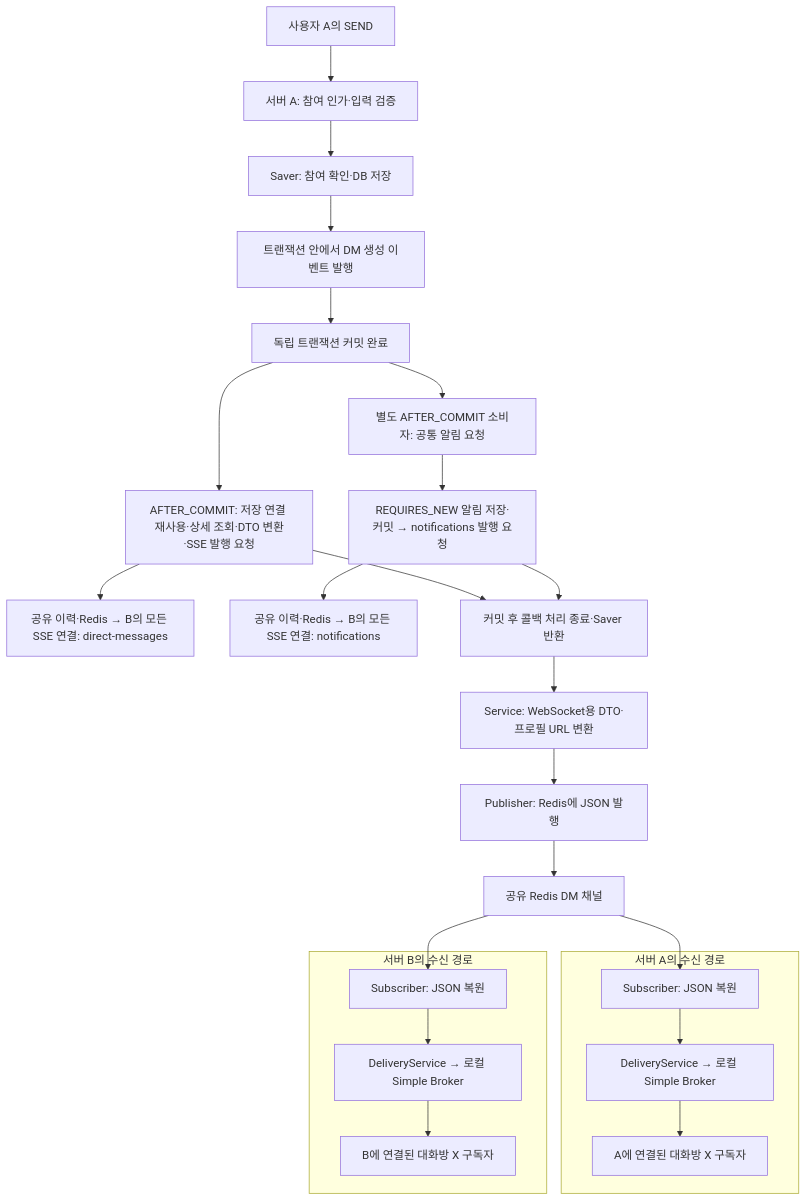
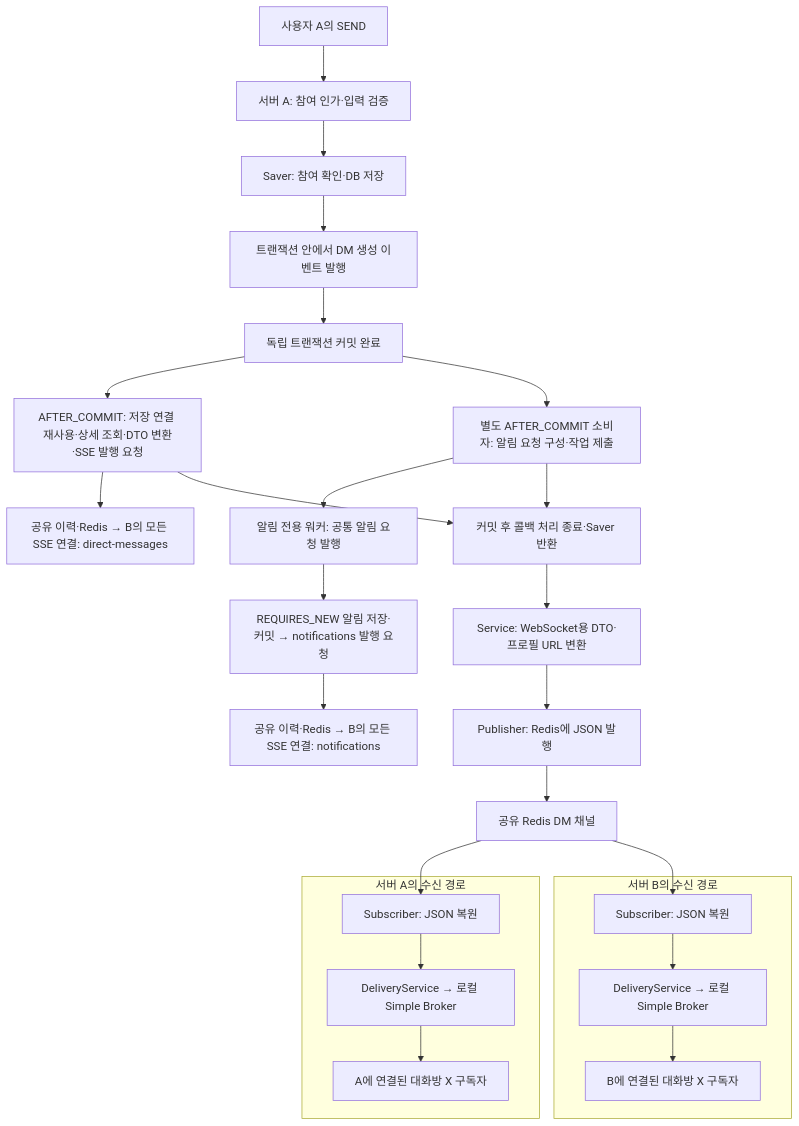
One commit to codeit-backend13-part4-team1/playlist_for_everyone changed the second of 2 diagrams in docs/conversation/00-overall-flow.md. Above: the diagram before and after it, drawn with Mermaid. The commit also changed other lines of this file and 12 other files, not shown here.

````diff
--- a/docs/conversation/00-overall-flow.md
+++ b/docs/conversation/00-overall-flow.md
@@ -26,29 +26,30 @@
 ```mermaid
 flowchart TD
     SEND["사용자 A의 SEND"] --> CHECK["서버 A: 참여 인가·입력 검증"]
     CHECK --> SAVE["Saver: 참여 확인·DB 저장"]
     SAVE --> EVENT["트랜잭션 안에서 DM 생성 이벤트 발행"]
     EVENT --> COMMIT["독립 트랜잭션 커밋 완료"]
     COMMIT --> SSE["AFTER_COMMIT: 저장 연결 재사용·상세 조회·DTO 변환·SSE 발행 요청"]
-    COMMIT --> NOTICE["별도 AFTER_COMMIT 소비자: 공통 알림 요청"]
-    NOTICE --> NSAVE["REQUIRES_NEW 알림 저장·커밋 → notifications 발행 요청"]
+    COMMIT --> NOTICE["별도 AFTER_COMMIT 소비자: 알림 요청 구성·작업 제출"]
+    NOTICE --> WORKER["알림 전용 워커: 공통 알림 요청 발행"]
+    WORKER --> NSAVE["REQUIRES_NEW 알림 저장·커밋 → notifications 발행 요청"]
     SSE --> RECEIVER["공유 이력·Redis → B의 모든 SSE 연결: direct-messages"]
     NSAVE --> NRECEIVER["공유 이력·Redis → B의 모든 SSE 연결: notifications"]
     SSE --> DONE["커밋 후 콜백 처리 종료·Saver 반환"]
-    NSAVE --> DONE
+    NOTICE --> DONE
     DONE --> DTO["Service: WebSocket용 DTO·프로필 URL 변환"]
     DTO --> PUB["Publisher: Redis에 JSON 발행"]
     PUB --> REDIS["공유 Redis DM 채널"]
 
     REDIS --> SA
     REDIS --> SB
 
     subgraph NODE_A["서버 A의 수신 경로"]
         SA["Subscriber: JSON 복원"] --> DA["DeliveryService → 로컬 Simple Broker"]
         DA --> UA["A에 연결된 대화방 X 구독자"]
     end
     subgraph NODE_B["서버 B의 수신 경로"]
         SB["Subscriber: JSON 복원"] --> DB["DeliveryService → 로컬 Simple Broker"]
         DB --> UB["B에 연결된 대화방 X 구독자"]
     end
 ```
````
